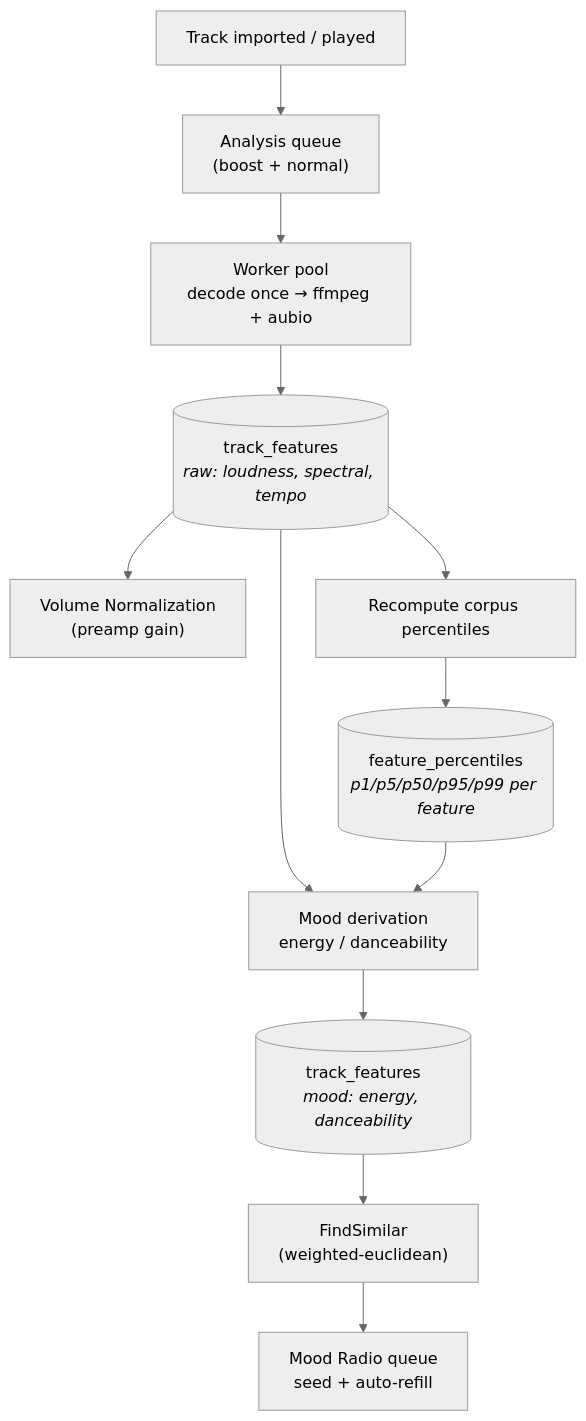
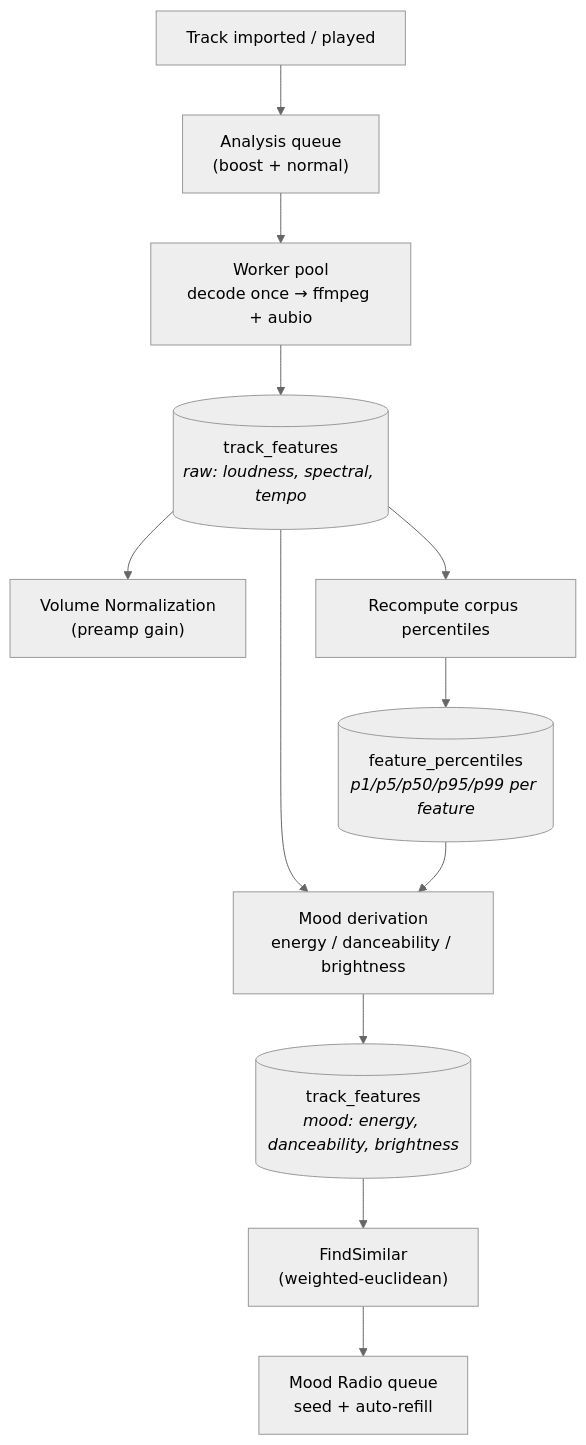
Before and after one commit to misa198/airmedy: the first of 2 diagrams in catalog/analysis/README.md, drawn with Mermaid (neutral theme). The commit also changed other lines of this file and 41 other files, not shown here.

Commit message:
feat(app): add brightness to mood playlists

````diff
--- a/catalog/analysis/README.md
+++ b/catalog/analysis/README.md
@@ -47,18 +47,18 @@
 ```mermaid
 flowchart TB
     IMP["Track imported / played"] --> ENQ["Analysis queue<br/>(boost + normal)"]
     ENQ --> POOL["Worker pool<br/>decode once → ffmpeg + aubio"]
     POOL --> RAW[("track_features<br/><i>raw: loudness, spectral, tempo</i>")]
 
     RAW --> NORM["Volume Normalization<br/>(preamp gain)"]
 
     RAW --> PCT["Recompute corpus percentiles"]
     PCT --> PCTBL[("feature_percentiles<br/><i>p1/p5/p50/p95/p99 per feature</i>")]
 
-    RAW --> MOOD["Mood derivation<br/>energy / danceability"]
+    RAW --> MOOD["Mood derivation<br/>energy / danceability / brightness"]
     PCTBL --> MOOD
-    MOOD --> MOODF[("track_features<br/><i>mood: energy, danceability</i>")]
+    MOOD --> MOODF[("track_features<br/><i>mood: energy, danceability, brightness</i>")]
 
     MOODF --> SIM["FindSimilar<br/>(weighted-euclidean)"]
     SIM --> RADIO["Mood Radio queue<br/>seed + auto-refill"]
 ```
````
